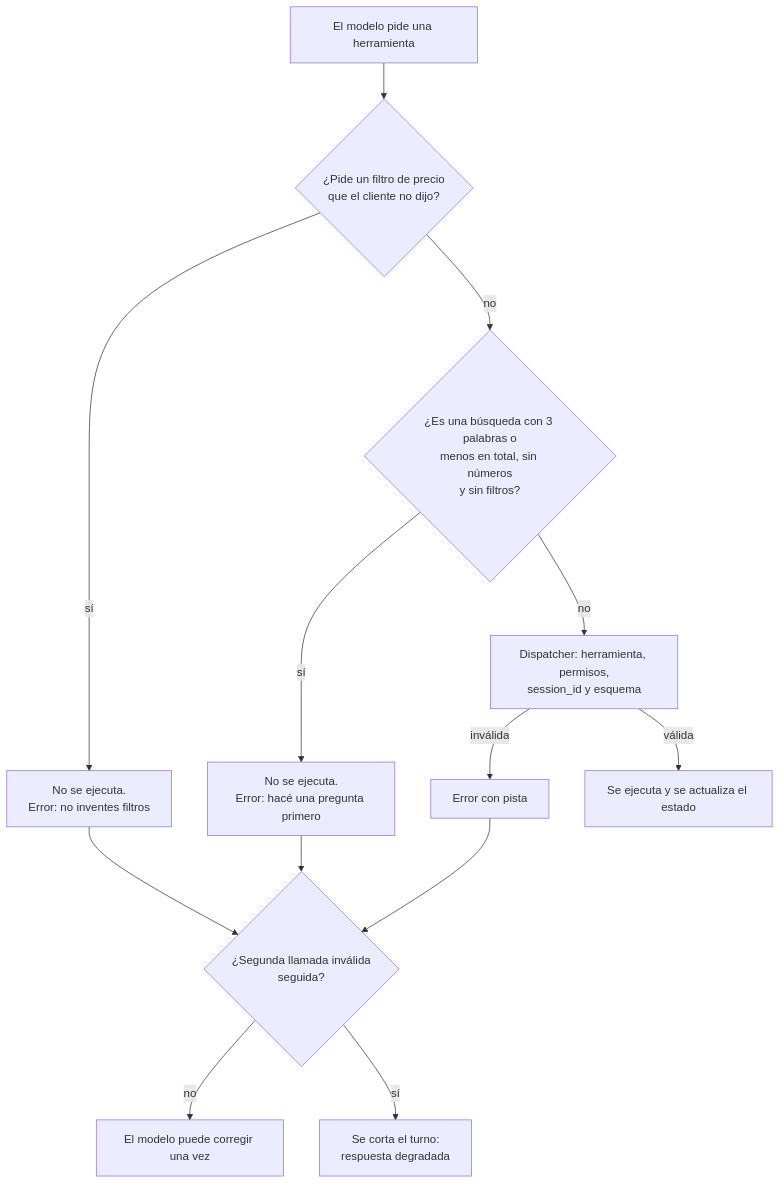
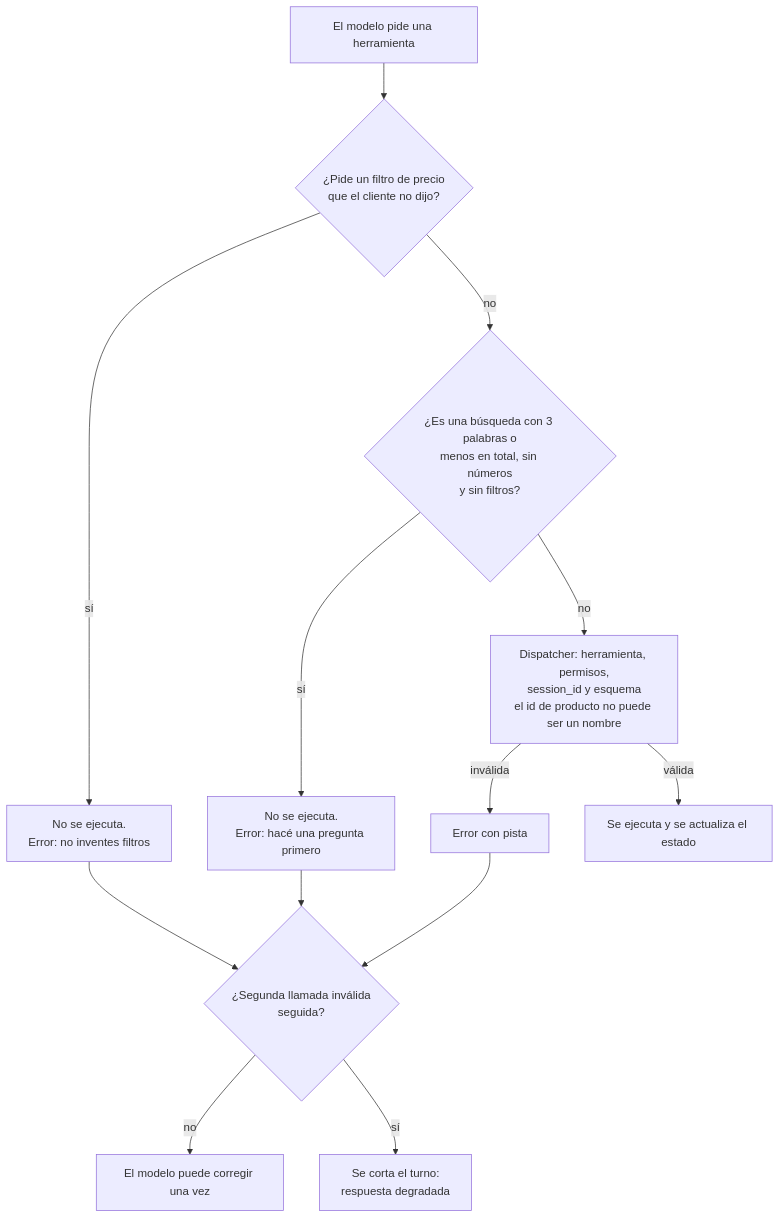
Before and after one commit to Saikus08/mercanova-ai-assistant: the second of 4 diagrams in docs/diagrams/agent-flow.md, drawn with Mermaid. The commit also changed 8 other files, not shown here.

````diff
--- a/docs/diagrams/agent-flow.md
+++ b/docs/diagrams/agent-flow.md
@@ -43,15 +43,15 @@
 ```mermaid
 flowchart TD
     A[El modelo pide una herramienta] --> B{¿Pide un filtro de precio<br/>que el cliente no dijo?}
     B -- sí --> X1[No se ejecuta.<br/>Error: no inventes filtros]
     B -- no --> C{¿Es una búsqueda con 3 palabras o<br/>menos en total, sin números<br/>y sin filtros?}
     C -- sí --> X2[No se ejecuta.<br/>Error: hacé una pregunta primero]
-    C -- no --> D[Dispatcher: herramienta, permisos,<br/>session_id y esquema]
+    C -- no --> D[Dispatcher: herramienta, permisos,<br/>session_id y esquema<br/>el id de producto no puede ser un nombre]
     D -- inválida --> X3[Error con pista]
     D -- válida --> E[Se ejecuta y se actualiza el estado]
     X1 --> R{¿Segunda llamada inválida<br/>seguida?}
     X2 --> R
     X3 --> R
     R -- no --> S[El modelo puede corregir una vez]
     R -- sí --> T[Se corta el turno:<br/>respuesta degradada]
 ```
````
